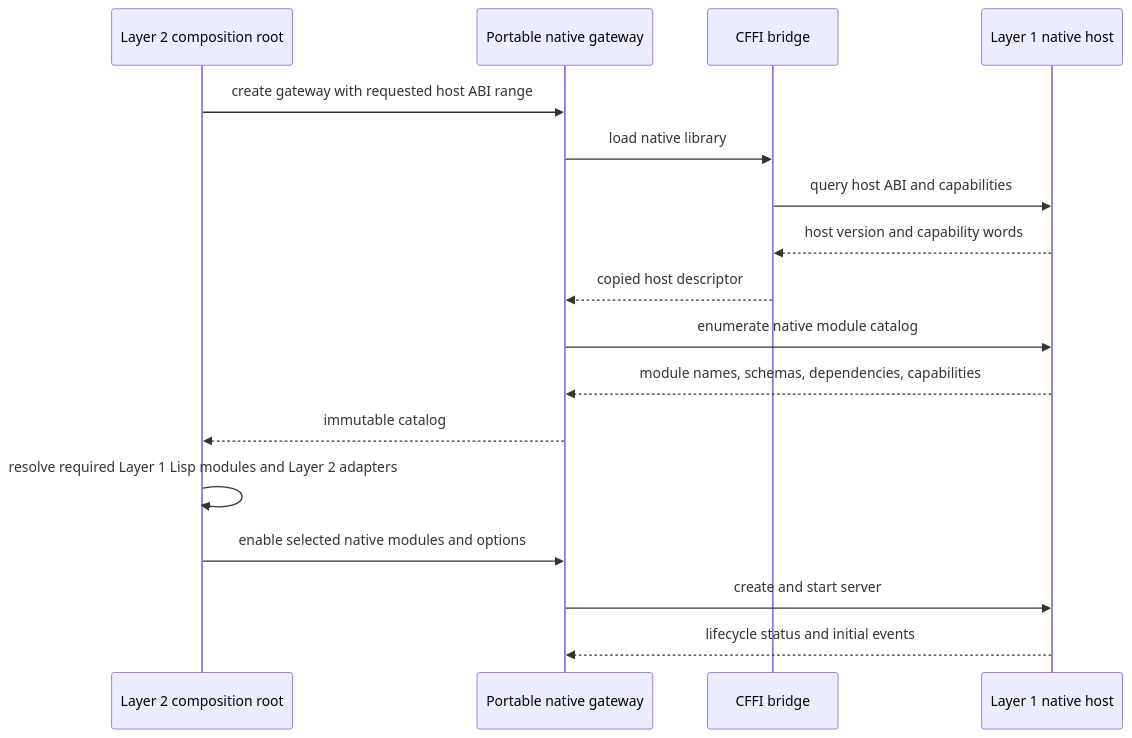
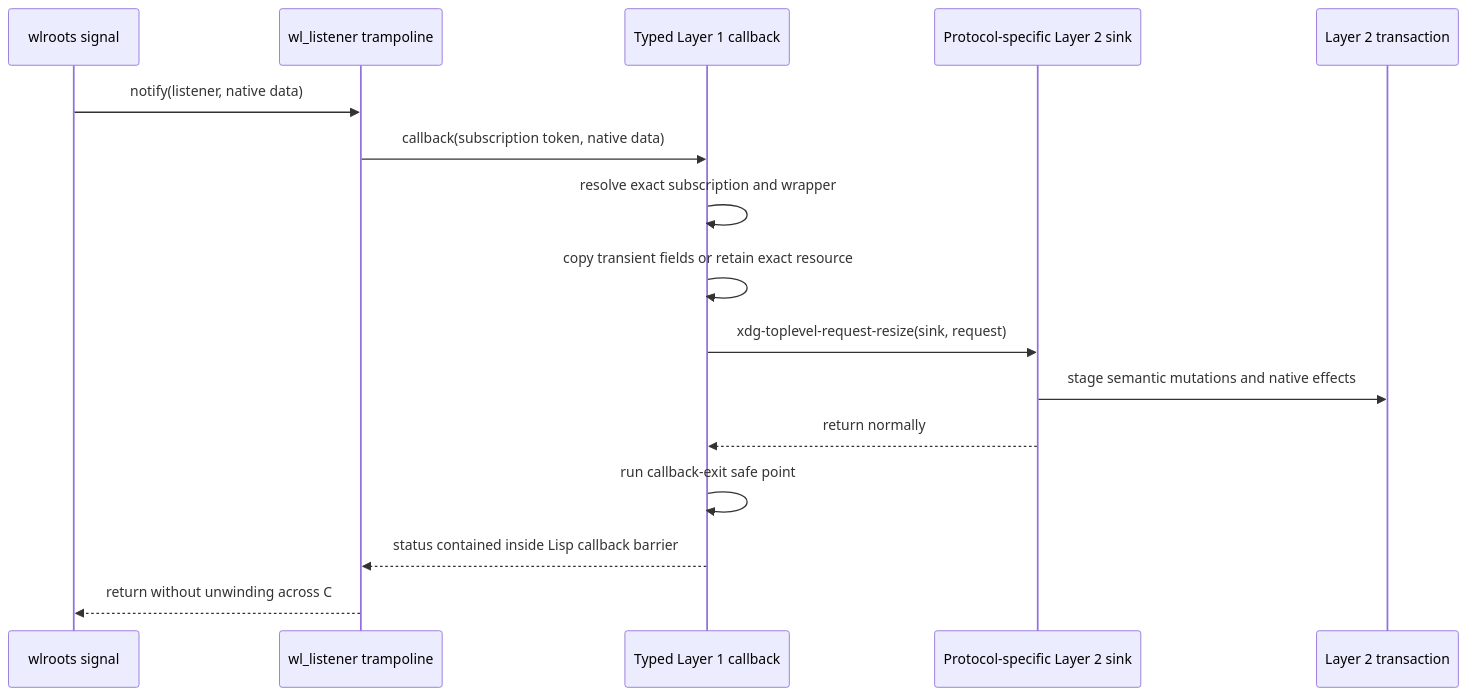
Before and after one commit to SeungheonOh/ataxia: the second of 6 diagrams in docs/LAYER-1-2-INTERFACE.md, drawn with Mermaid. The commit also changed other lines of this file, not shown here.

Commit message:
docs: replace generic bridge with direct wlroots bindings

````diff
--- a/docs/LAYER-1-2-INTERFACE.md
+++ b/docs/LAYER-1-2-INTERFACE.md
@@ -106,20 +356,19 @@
 ```mermaid
 sequenceDiagram
-    participant L2 as Layer 2 composition root
-    participant G as Portable native gateway
-    participant C as CFFI bridge
-    participant H as Layer 1 native host
+    participant W as wlroots signal
+    participant C as wl_listener trampoline
+    participant L1 as Typed Layer 1 callback
+    participant L2 as Protocol-specific Layer 2 sink
+    participant T as Layer 2 transaction
 
-    L2->>G: create gateway with requested host ABI range
-    G->>C: load native library
-    C->>H: query host ABI and capabilities
-    H-->>C: host version and capability words
-    C-->>G: copied host descriptor
-    G->>H: enumerate native module catalog
-    H-->>G: module names, schemas, dependencies, capabilities
-    G-->>L2: immutable catalog
-    L2->>L2: resolve required Layer 1 Lisp modules and Layer 2 adapters
-    L2->>G: enable selected native modules and options
-    G->>H: create and start server
-    H-->>G: lifecycle status and initial events
+    W->>C: notify(listener, native data)
+    C->>L1: callback(subscription token, native data)
+    L1->>L1: resolve exact subscription and wrapper
+    L1->>L1: copy transient fields or retain exact resource
+    L1->>L2: xdg-toplevel-request-resize(sink, request)
+    L2->>T: stage semantic mutations and native effects
+    L2-->>L1: return normally
+    L1->>L1: run callback-exit safe point
+    L1-->>C: status contained inside Lisp callback barrier
+    C-->>W: return without unwinding across C
 ```
````
